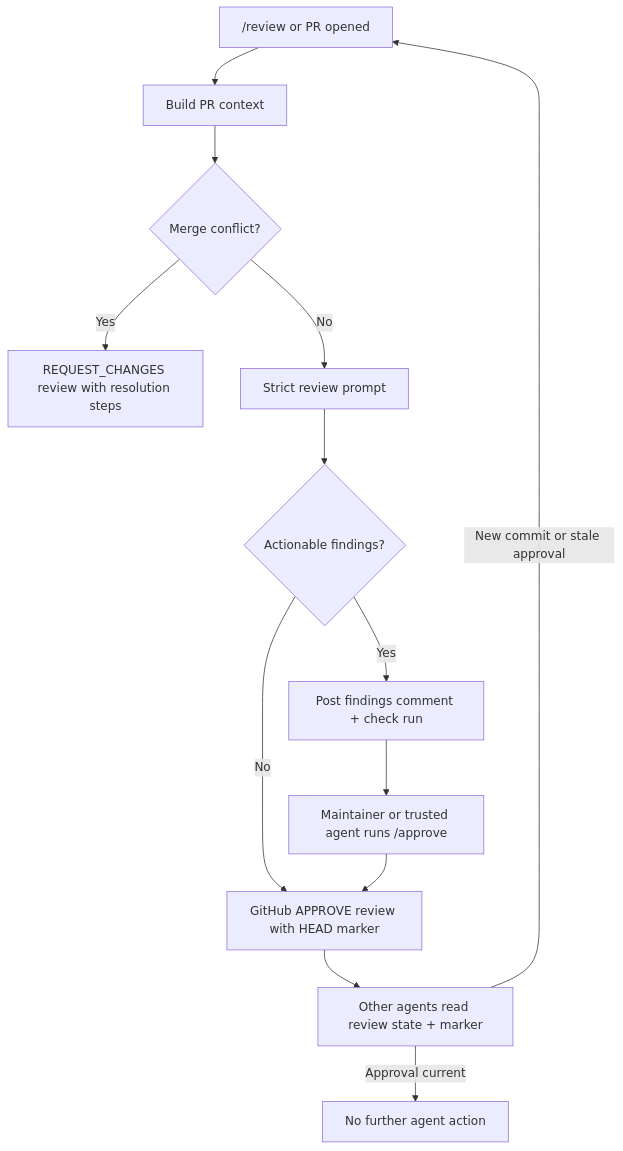
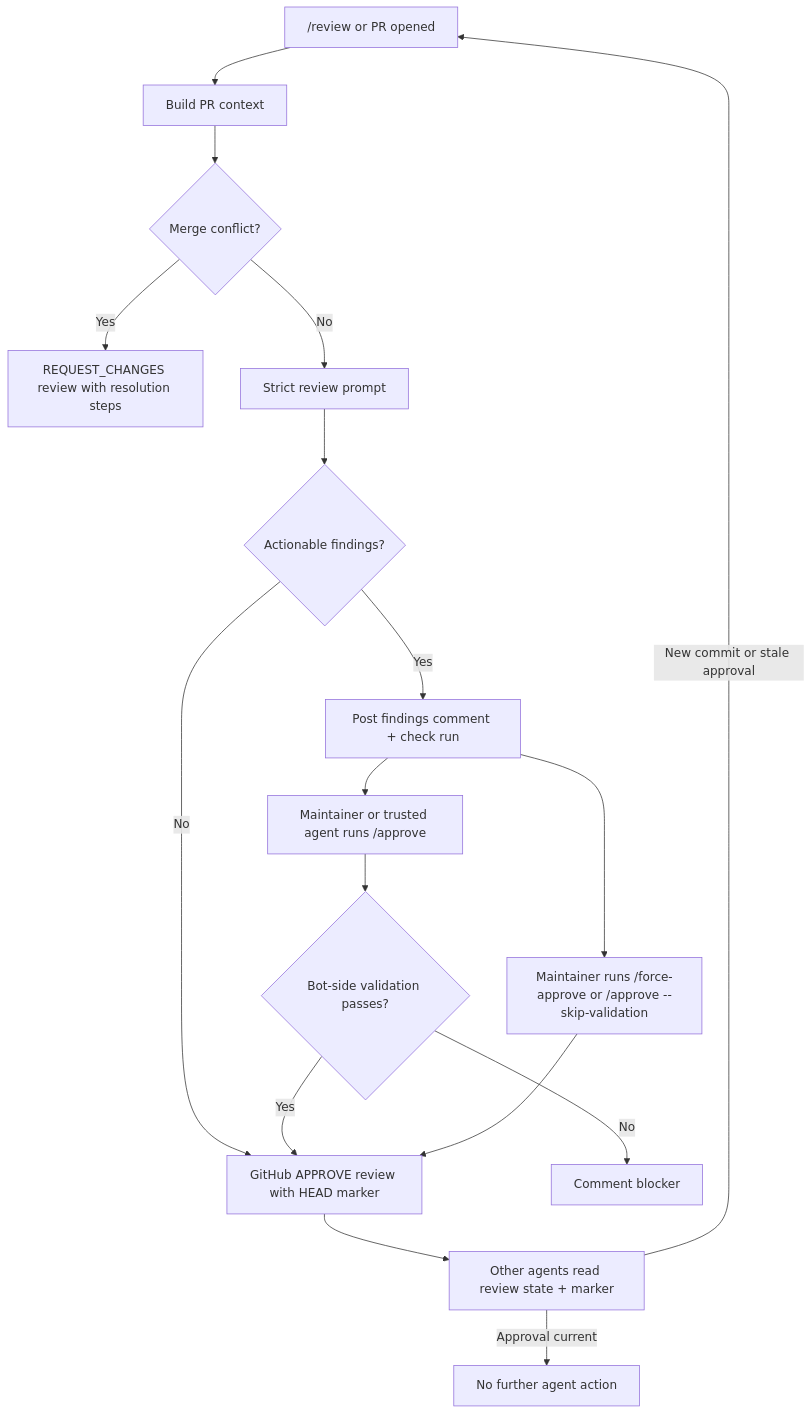
The second of 4 diagrams in README.md (seorilabs/gemini-pr-bot), drawn with Mermaid before and after one commit. The commit also changed other lines of this file and 3 other files, not shown here.

````diff
--- a/README.md
+++ b/README.md
@@ -67,15 +74,19 @@
 ```mermaid
 flowchart TD
   Review["/review or PR opened"] --> Context["Build PR context"]
   Context --> Conflict{"Merge conflict?"}
   Conflict -->|Yes| RequestChanges["REQUEST_CHANGES review with resolution steps"]
   Conflict -->|No| AI["Strict review prompt"]
   AI --> Decision{"Actionable findings?"}
   Decision -->|Yes| Output["Post findings comment + check run"]
   Decision -->|No| Approval["GitHub APPROVE review with HEAD marker"]
   Output --> Approve["Maintainer or trusted agent runs /approve"]
-  Approve --> Approval
+  Approve --> Validation{"Bot-side validation passes?"}
+  Validation -->|Yes| Approval
+  Validation -->|No| Block["Comment blocker"]
+  Output --> ForceApprove["Maintainer runs /force-approve or /approve --skip-validation"]
+  ForceApprove --> Approval
   Approval --> Agent["Other agents read review state + marker"]
   Agent -->|Approval current| Stop["No further agent action"]
   Agent -->|New commit or stale approval| Review
 ```
````
